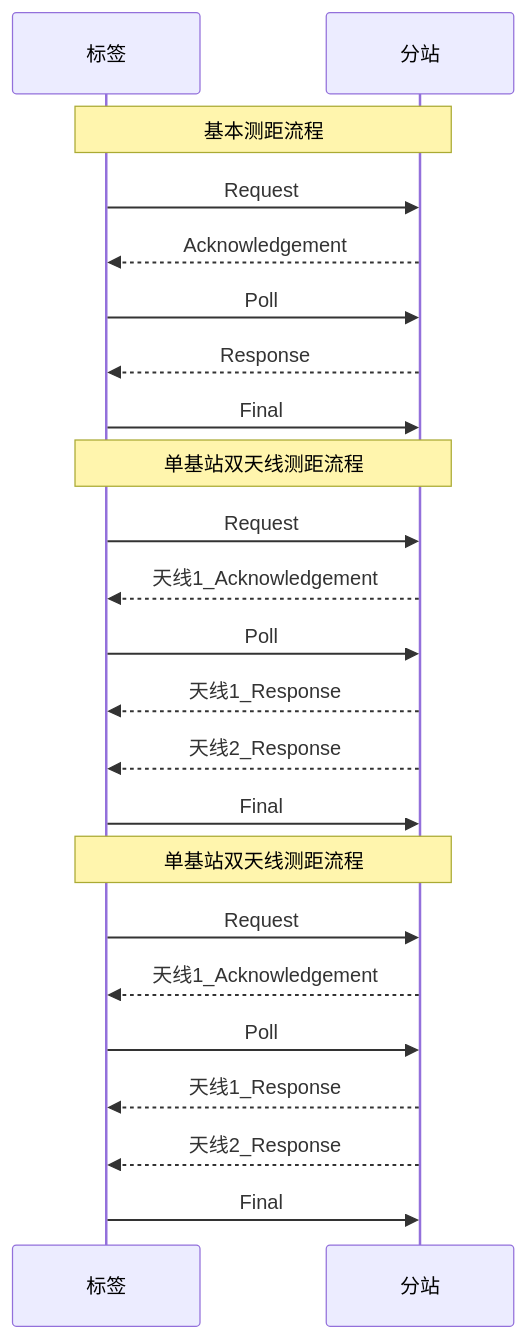
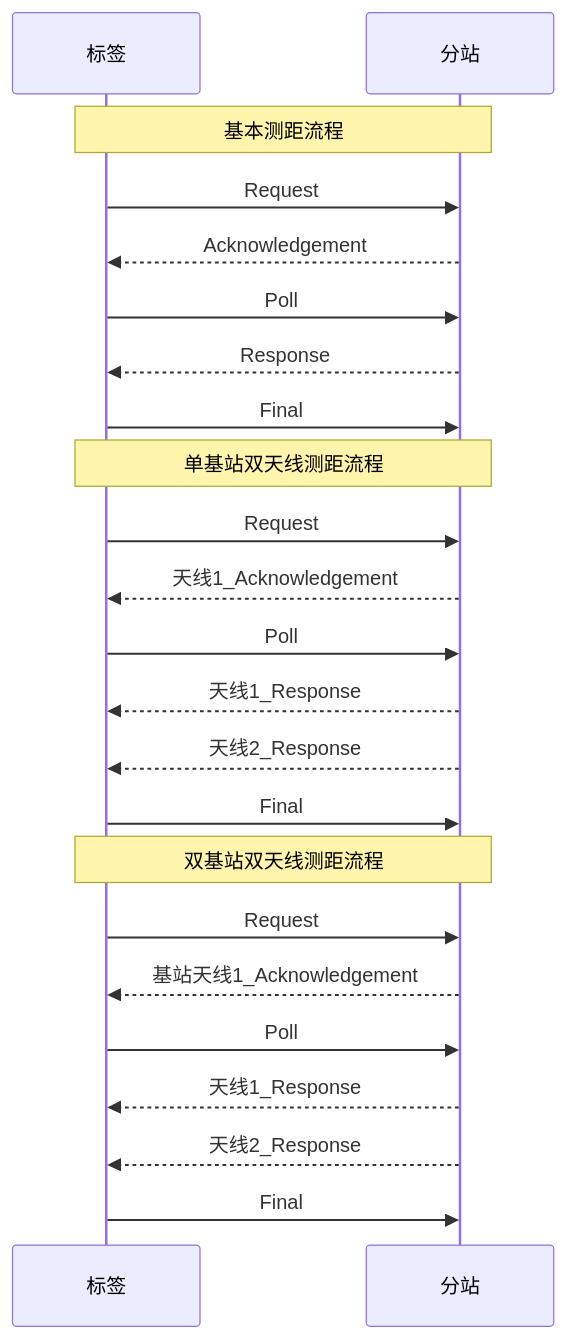
The diagram in all/未命名.md (geek-zhao/iodraw-files), drawn with Mermaid before and after one commit.

Commit message:
2024-08-17 14:14:54 update

````diff
--- a/all/未命名.md
+++ b/all/未命名.md
@@ -1,28 +1,28 @@
 ```mermaid
 sequenceDiagram
     participant tag as 标签
     participant anchor as 分站
 
     Note over tag,anchor: 基本测距流程
     tag->>anchor: Request
     anchor-->>tag: Acknowledgement
     tag->>anchor: Poll
     anchor-->>tag: Response
     tag->>anchor: Final       
 
     Note over tag,anchor: 单基站双天线测距流程
     tag->>anchor: Request
     anchor-->>tag: 天线1_Acknowledgement
     tag->>anchor: Poll
     anchor-->>tag: 天线1_Response 
     anchor-->>tag: 天线2_Response
     tag->>anchor: Final   
 
-    Note over tag,anchor: 单基站双天线测距流程
+    Note over tag,anchor: 双基站双天线测距流程
     tag->>anchor: Request
-    anchor-->>tag: 天线1_Acknowledgement
+    anchor-->>tag: 基站天线1_Acknowledgement
     tag->>anchor: Poll
     anchor-->>tag: 天线1_Response 
     anchor-->>tag: 天线2_Response
     tag->>anchor: Final   
 ```
````
